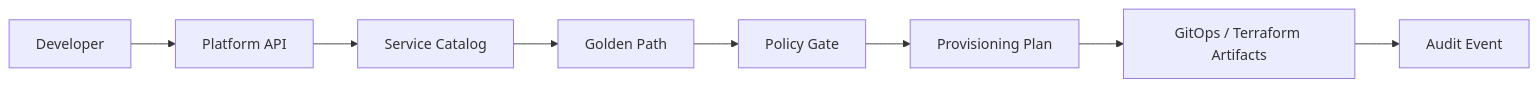
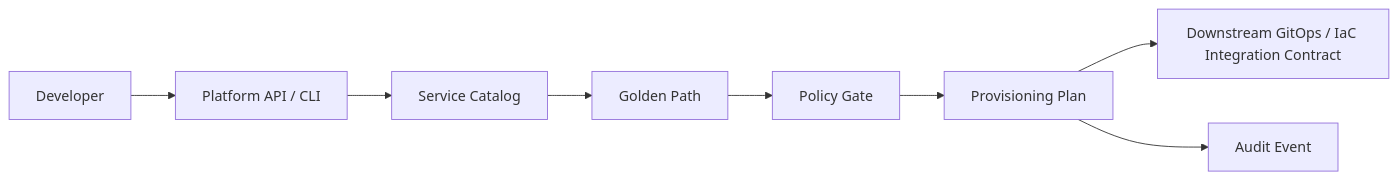
The diagram in README.md (obinna-obika-devops/platform-engineering-portal), drawn with Mermaid before and after one commit. The commit also changed other lines of this file, not shown here.

````diff
--- a/README.md
+++ b/README.md
@@ -17,10 +16,10 @@
 ```mermaid
 flowchart LR
-    A[Developer] --> B[Platform API]
+    A[Developer] --> B[Platform API / CLI]
     B --> C[Service Catalog]
     C --> D[Golden Path]
     D --> E[Policy Gate]
     E --> F[Provisioning Plan]
-    F --> G[GitOps / Terraform Artifacts]
-    G --> H[Audit Event]
+    F --> G[Downstream GitOps / IaC Integration Contract]
+    F --> H[Audit Event]
 ```
````
